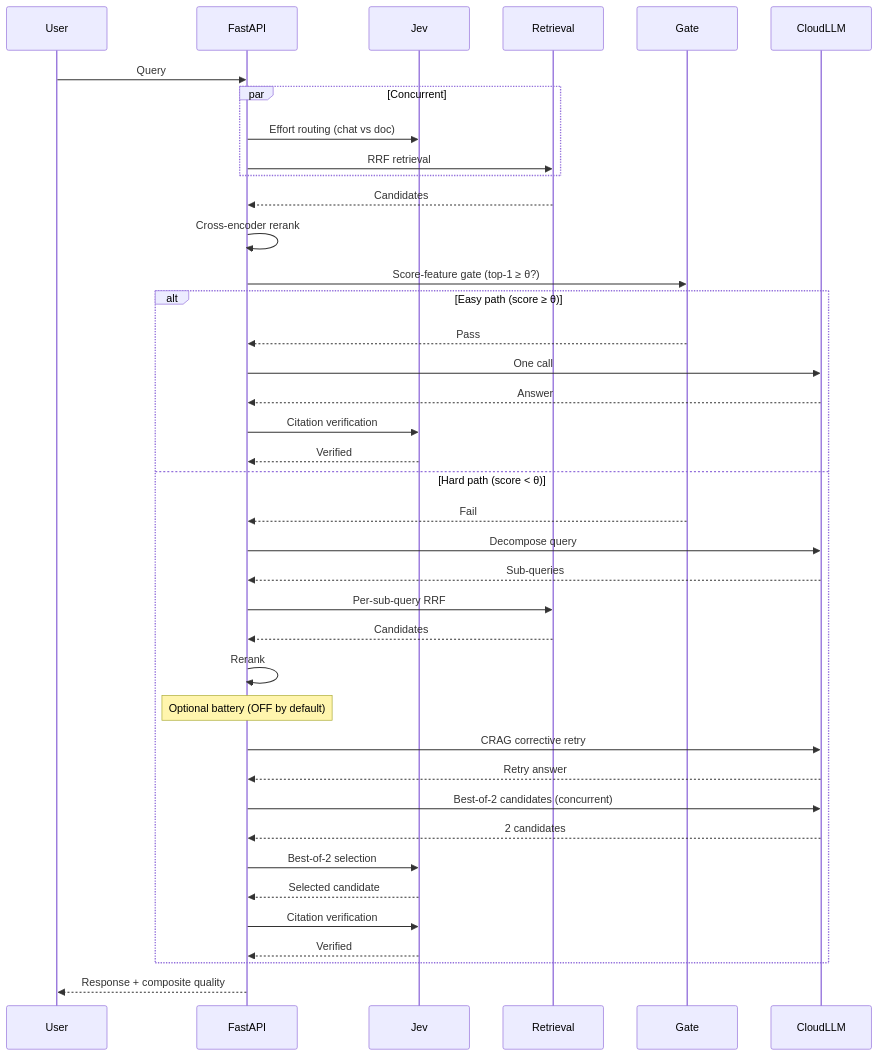
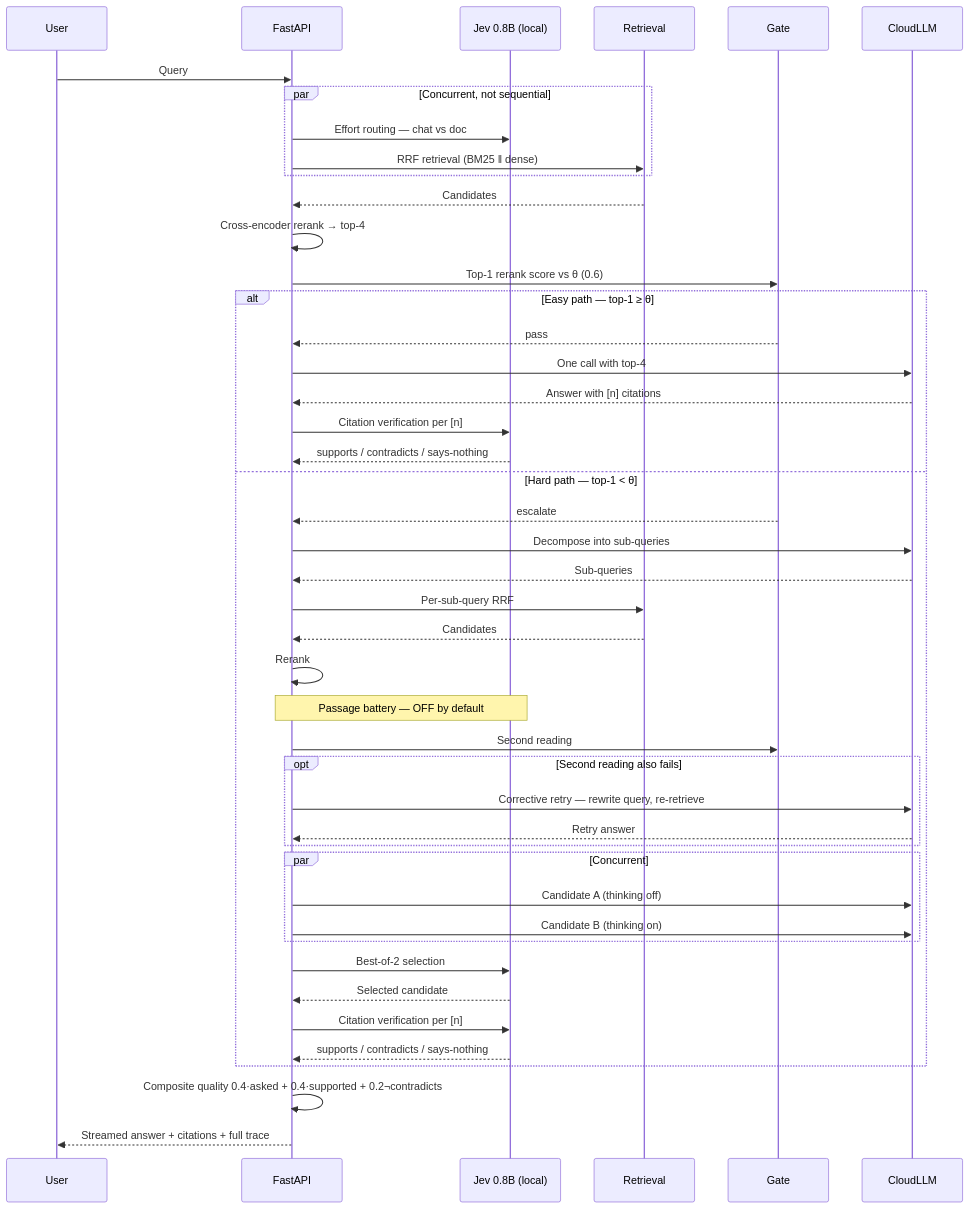
One commit to kanishka-namdeo/jev-rag changed the fourth of 5 diagrams in docs/architecture.md. Above: the diagram before and after it, drawn with Mermaid. The commit also changed other lines of this file and 18 other files, not shown here.

````diff
--- a/docs/architecture.md
+++ b/docs/architecture.md
@@ -113,43 +107,49 @@
 ```mermaid
 sequenceDiagram
     participant User
     participant FastAPI
-    participant Jev
+    participant Jev as Jev 0.8B (local)
     participant Retrieval
     participant Gate
     participant CloudLLM
-    
+
     User->>FastAPI: Query
-    par Concurrent
-        FastAPI->>Jev: Effort routing (chat vs doc)
-        FastAPI->>Retrieval: RRF retrieval
+    par Concurrent, not sequential
+        FastAPI->>Jev: Effort routing — chat vs doc
+        FastAPI->>Retrieval: RRF retrieval (BM25 ‖ dense)
     end
     Retrieval-->>FastAPI: Candidates
-    FastAPI->>FastAPI: Cross-encoder rerank
-    FastAPI->>Gate: Score-feature gate (top-1 ≥ θ?)
-    
-    alt Easy path (score ≥ θ)
-        Gate-->>FastAPI: Pass
-        FastAPI->>CloudLLM: One call
-        CloudLLM-->>FastAPI: Answer
-        FastAPI->>Jev: Citation verification
-        Jev-->>FastAPI: Verified
-    else Hard path (score < θ)
-        Gate-->>FastAPI: Fail
-        FastAPI->>CloudLLM: Decompose query
+    FastAPI->>FastAPI: Cross-encoder rerank → top-4
+    FastAPI->>Gate: Top-1 rerank score vs θ (0.6)
+
+    alt Easy path — top-1 ≥ θ
+        Gate-->>FastAPI: pass
+        FastAPI->>CloudLLM: One call with top-4
+        CloudLLM-->>FastAPI: Answer with [n] citations
+        FastAPI->>Jev: Citation verification per [n]
+        Jev-->>FastAPI: supports / contradicts / says-nothing
+    else Hard path — top-1 < θ
+        Gate-->>FastAPI: escalate
+        FastAPI->>CloudLLM: Decompose into sub-queries
         CloudLLM-->>FastAPI: Sub-queries
         FastAPI->>Retrieval: Per-sub-query RRF
         Retrieval-->>FastAPI: Candidates
         FastAPI->>FastAPI: Rerank
-        Note over FastAPI: Optional battery (OFF by default)
-        FastAPI->>CloudLLM: CRAG corrective retry
-        CloudLLM-->>FastAPI: Retry answer
-        FastAPI->>CloudLLM: Best-of-2 candidates (concurrent)
-        CloudLLM-->>FastAPI: 2 candidates
+        Note over FastAPI,Jev: Passage battery — OFF by default
+        FastAPI->>Gate: Second reading
+        opt Second reading also fails
+            FastAPI->>CloudLLM: Corrective retry — rewrite query, re-retrieve
+            CloudLLM-->>FastAPI: Retry answer
+        end
+        par Concurrent
+            FastAPI->>CloudLLM: Candidate A (thinking off)
+            FastAPI->>CloudLLM: Candidate B (thinking on)
+        end
         FastAPI->>Jev: Best-of-2 selection
         Jev-->>FastAPI: Selected candidate
-        FastAPI->>Jev: Citation verification
-        Jev-->>FastAPI: Verified
+        FastAPI->>Jev: Citation verification per [n]
+        Jev-->>FastAPI: supports / contradicts / says-nothing
     end
-    FastAPI-->>User: Response + composite quality
+    FastAPI->>FastAPI: Composite quality 0.4·asked + 0.4·supported + 0.2¬contradicts
+    FastAPI-->>User: Streamed answer + citations + full trace
 ```
````
